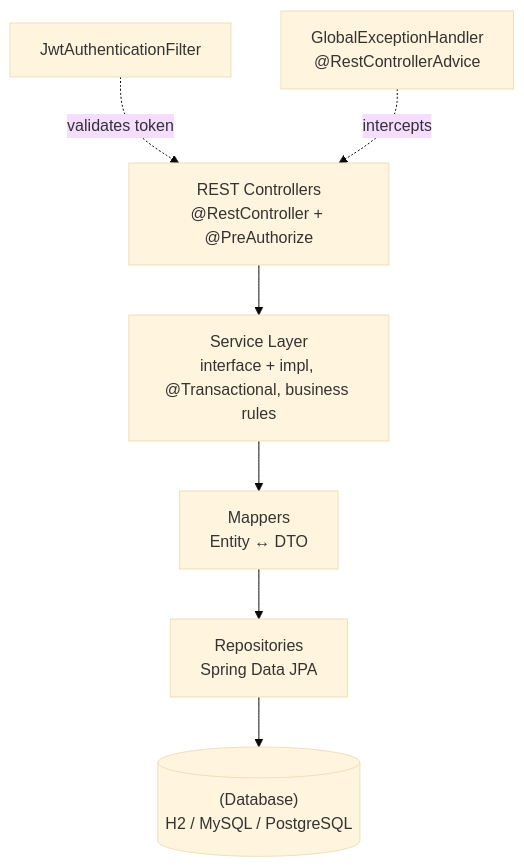
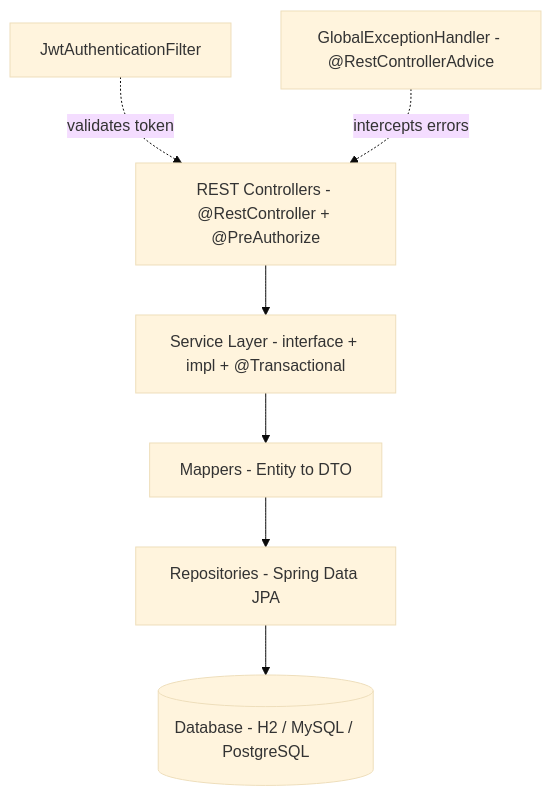
One commit to toubani12/Toubani-BadrEddine-Exam-JEE changed the third of 3 diagrams in README.md. Above: the diagram before and after it, drawn with Mermaid (base theme). The commit also changed 1 other file, not shown here.

Commit message:
feat: Enhance DataInitializer to seed agencies, cars, motorcycles, and rentals

````diff
--- a/README.md
+++ b/README.md
@@ -236,11 +236,17 @@
 ```mermaid
 flowchart TD
-    A["REST Controllers<br/>@RestController + @PreAuthorize"] --> B
-    B["Service Layer<br/>interface + impl, @Transactional, business rules"] --> C
-    C["Mappers<br/>Entity ↔ DTO"] --> D
-    D["Repositories<br/>Spring Data JPA"] --> E
-    E[("(Database)<br/>H2 / MySQL / PostgreSQL")]
+    A["REST Controllers - @RestController + @PreAuthorize"]
+    B["Service Layer - interface + impl + @Transactional"]
+    C["Mappers - Entity to DTO"]
+    D["Repositories - Spring Data JPA"]
+    E[("Database - H2 / MySQL / PostgreSQL")]
+    F["JwtAuthenticationFilter"]
+    G["GlobalExceptionHandler - @RestControllerAdvice"]
 
-    F["JwtAuthenticationFilter"] -. "validates token" .-> A
-    G["GlobalExceptionHandler<br/>@RestControllerAdvice"] -. "intercepts" .-> A
+    A --> B
+    B --> C
+    C --> D
+    D --> E
+    F -.->|validates token| A
+    G -.->|intercepts errors| A
 ```
````
